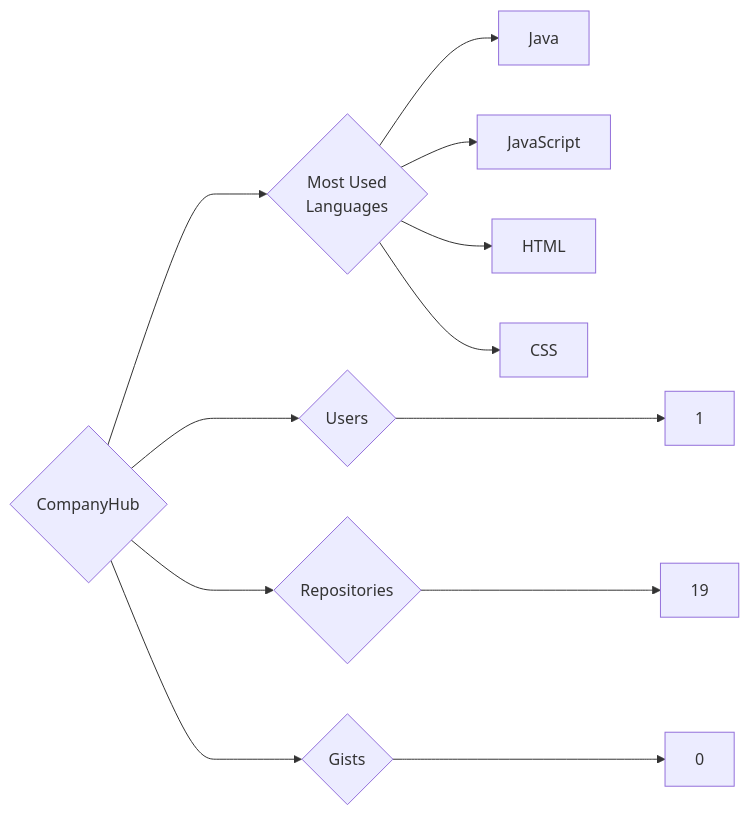
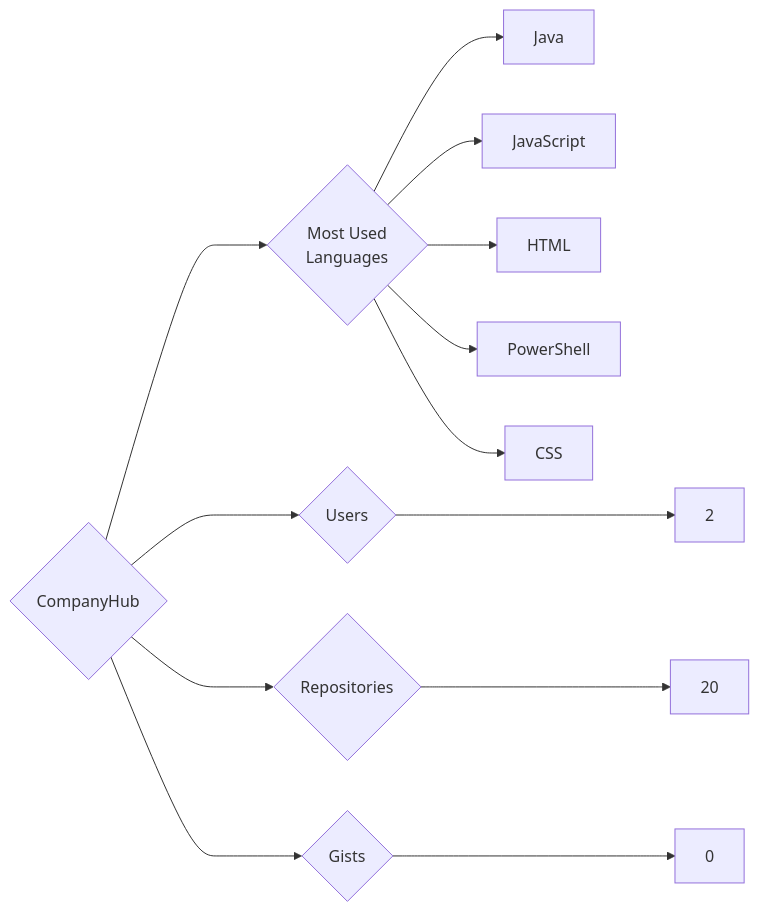
One commit to trickest/insiders changed the diagram in targets/CompanyHub/README.md. Above: the diagram before and after it, drawn with Mermaid. The commit also changed 1195 other files, not shown here.

````diff
--- a/targets/CompanyHub/README.md
+++ b/targets/CompanyHub/README.md
@@ -3,12 +3,13 @@
 ```mermaid
 graph LR
 COMPANY_NAME{CompanyHub}
-COMPANY_NAME ---> U{Users} ---> UN[1]
-COMPANY_NAME ---> R{Repositories} ---> RN[19]
+COMPANY_NAME ---> U{Users} ---> UN[2]
+COMPANY_NAME ---> R{Repositories} ---> RN[20]
 COMPANY_NAME ---> G{Gists} ---> GN[0]
 COMPANY_NAME ---> ML{Most Used<br>Languages}
 ML --> Java[Java]
 ML --> JavaScript[JavaScript]
 ML --> HTML[HTML]
+ML --> PowerShell[PowerShell]
 ML --> CSS[CSS]
 ```
````
